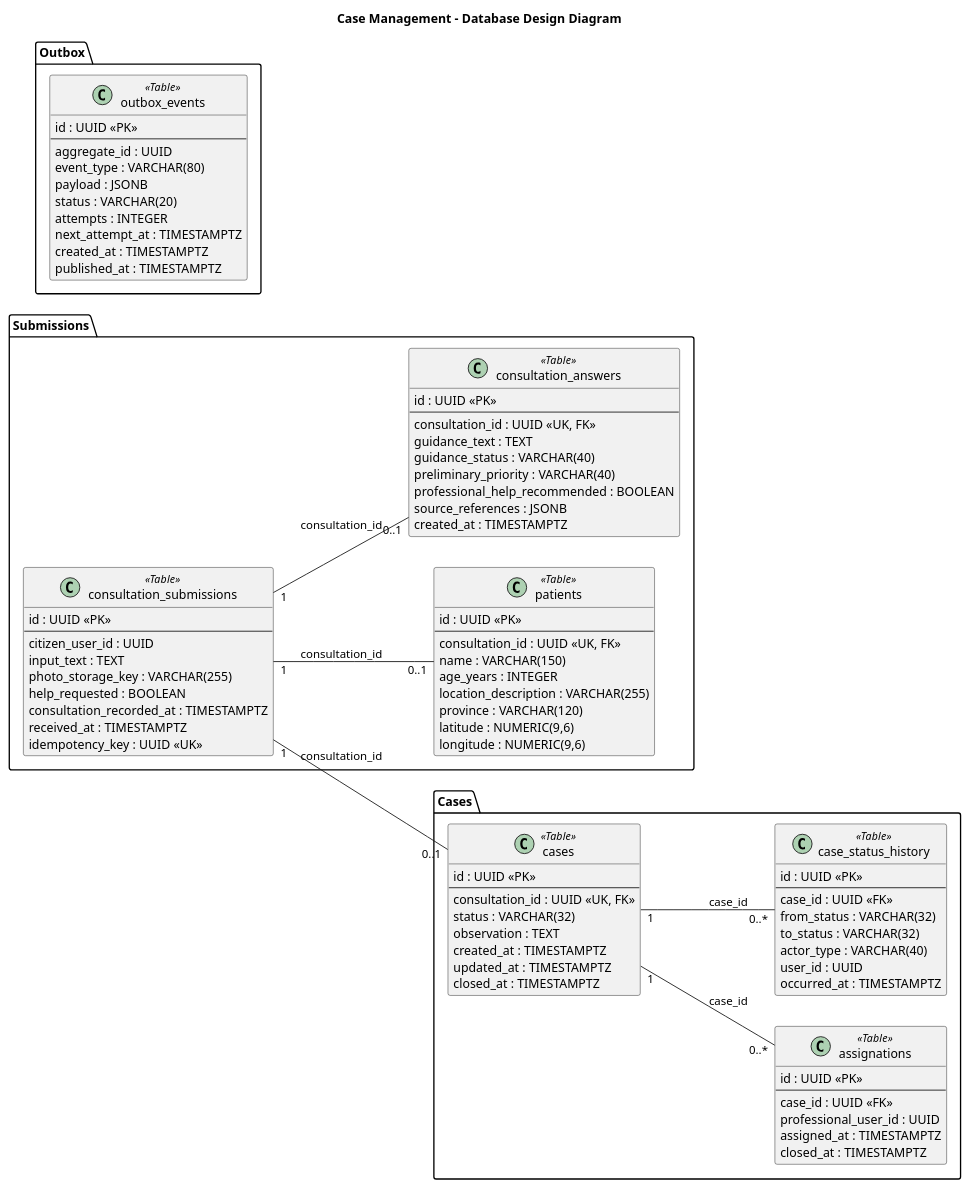
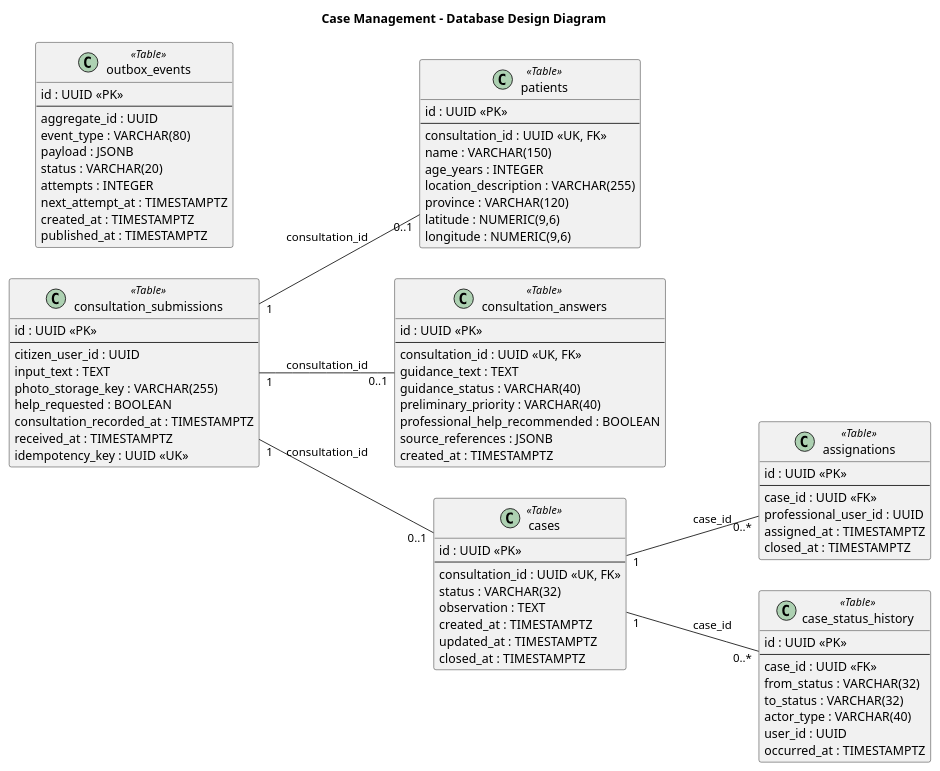
Before and after one commit to emergentes-project/Report: the diagram in public/assets/images/chapter-5/case-management-database-design.puml, drawn with PlantUML. The commit also changed 7 other files, not shown here.

```diff
--- a/public/assets/images/chapter-5/case-management-database-design.puml
+++ b/public/assets/images/chapter-5/case-management-database-design.puml
@@ -1,100 +1,94 @@
 @startuml
 left to right direction
 hide empty members
 skinparam classAttributeIconSize 0
 skinparam shadowing false
 title Case Management - Database Design Diagram
 
-package "Submissions" {
-  class consultation_submissions <<Table>> {
-    id : UUID <<PK>>
-    --
-    citizen_user_id : UUID
-    input_text : TEXT
-    photo_storage_key : VARCHAR(255)
-    help_requested : BOOLEAN
-    consultation_recorded_at : TIMESTAMPTZ
-    received_at : TIMESTAMPTZ
-    idempotency_key : UUID <<UK>>
-  }
-
-  class patients <<Table>> {
-    id : UUID <<PK>>
-    --
-    consultation_id : UUID <<UK, FK>>
-    name : VARCHAR(150)
-    age_years : INTEGER
-    location_description : VARCHAR(255)
-    province : VARCHAR(120)
-    latitude : NUMERIC(9,6)
-    longitude : NUMERIC(9,6)
-  }
-
-  class consultation_answers <<Table>> {
-    id : UUID <<PK>>
-    --
-    consultation_id : UUID <<UK, FK>>
-    guidance_text : TEXT
-    guidance_status : VARCHAR(40)
-    preliminary_priority : VARCHAR(40)
-    professional_help_recommended : BOOLEAN
-    source_references : JSONB
-    created_at : TIMESTAMPTZ
-  }
+class consultation_submissions <<Table>> {
+  id : UUID <<PK>>
+  --
+  citizen_user_id : UUID
+  input_text : TEXT
+  photo_storage_key : VARCHAR(255)
+  help_requested : BOOLEAN
+  consultation_recorded_at : TIMESTAMPTZ
+  received_at : TIMESTAMPTZ
+  idempotency_key : UUID <<UK>>
 }
 
-package "Cases" {
-  class cases <<Table>> {
-    id : UUID <<PK>>
-    --
-    consultation_id : UUID <<UK, FK>>
-    status : VARCHAR(32)
-    observation : TEXT
-    created_at : TIMESTAMPTZ
-    updated_at : TIMESTAMPTZ
-    closed_at : TIMESTAMPTZ
-  }
-
-  class assignations <<Table>> {
-    id : UUID <<PK>>
-    --
-    case_id : UUID <<FK>>
-    professional_user_id : UUID
-    assigned_at : TIMESTAMPTZ
-    closed_at : TIMESTAMPTZ
-  }
-
-  class case_status_history <<Table>> {
-    id : UUID <<PK>>
-    --
-    case_id : UUID <<FK>>
-    from_status : VARCHAR(32)
-    to_status : VARCHAR(32)
-    actor_type : VARCHAR(40)
-    user_id : UUID
-    occurred_at : TIMESTAMPTZ
-  }
+class patients <<Table>> {
+  id : UUID <<PK>>
+  --
+  consultation_id : UUID <<UK, FK>>
+  name : VARCHAR(150)
+  age_years : INTEGER
+  location_description : VARCHAR(255)
+  province : VARCHAR(120)
+  latitude : NUMERIC(9,6)
+  longitude : NUMERIC(9,6)
 }
 
-package "Outbox" {
-  class outbox_events <<Table>> {
-    id : UUID <<PK>>
-    --
-    aggregate_id : UUID
-    event_type : VARCHAR(80)
-    payload : JSONB
-    status : VARCHAR(20)
-    attempts : INTEGER
-    next_attempt_at : TIMESTAMPTZ
-    created_at : TIMESTAMPTZ
-    published_at : TIMESTAMPTZ
-  }
+class consultation_answers <<Table>> {
+  id : UUID <<PK>>
+  --
+  consultation_id : UUID <<UK, FK>>
+  guidance_text : TEXT
+  guidance_status : VARCHAR(40)
+  preliminary_priority : VARCHAR(40)
+  professional_help_recommended : BOOLEAN
+  source_references : JSONB
+  created_at : TIMESTAMPTZ
+}
+
+class cases <<Table>> {
+  id : UUID <<PK>>
+  --
+  consultation_id : UUID <<UK, FK>>
+  status : VARCHAR(32)
+  observation : TEXT
+  created_at : TIMESTAMPTZ
+  updated_at : TIMESTAMPTZ
+  closed_at : TIMESTAMPTZ
+}
+
+class assignations <<Table>> {
+  id : UUID <<PK>>
+  --
+  case_id : UUID <<FK>>
+  professional_user_id : UUID
+  assigned_at : TIMESTAMPTZ
+  closed_at : TIMESTAMPTZ
+}
+
+class case_status_history <<Table>> {
+  id : UUID <<PK>>
+  --
+  case_id : UUID <<FK>>
+  from_status : VARCHAR(32)
+  to_status : VARCHAR(32)
+  actor_type : VARCHAR(40)
+  user_id : UUID
+  occurred_at : TIMESTAMPTZ
+}
+
+class outbox_events <<Table>> {
+  id : UUID <<PK>>
+  --
+  aggregate_id : UUID
+  event_type : VARCHAR(80)
+  payload : JSONB
+  status : VARCHAR(20)
+  attempts : INTEGER
+  next_attempt_at : TIMESTAMPTZ
+  created_at : TIMESTAMPTZ
+  published_at : TIMESTAMPTZ
 }
 
 consultation_submissions "1" -- "0..1" patients : consultation_id
 consultation_submissions "1" -- "0..1" consultation_answers : consultation_id
 consultation_submissions "1" -- "0..1" cases : consultation_id
 cases "1" -- "0..*" assignations : case_id
 cases "1" -- "0..*" case_status_history : case_id
 
 @enduml
```
